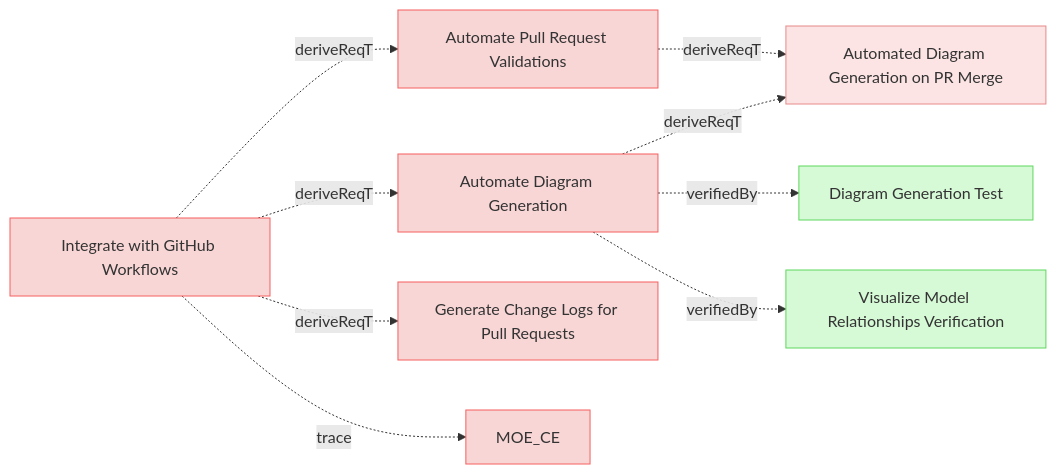
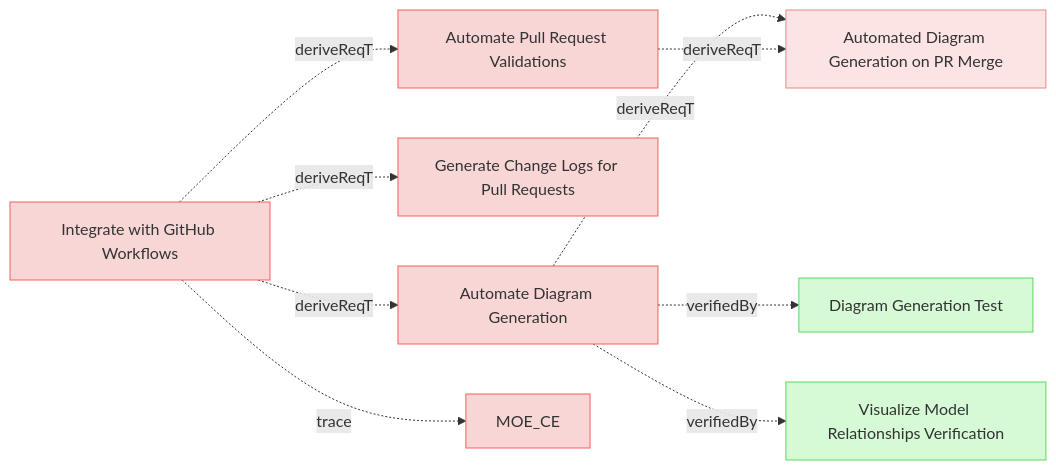
One commit to reqvire-org/reqvire changed the fourth of 9 diagrams in specifications/UserRequirements.md. Above: the diagram before and after it, drawn with Mermaid. The commit also changed other lines of this file and 26 other files, not shown here.

````diff
--- a/specifications/UserRequirements.md
+++ b/specifications/UserRequirements.md
@@ -512,42 +532,42 @@
 ```mermaid
 graph LR;
   %% REQVIRE-AUTOGENERATED-DIAGRAM
   %% Graph styling
   classDef userRequirement fill:#f9d6d6,stroke:#f55f5f,stroke-width:1px;
   classDef systemRequirement fill:#fce4e4,stroke:#e68a8a,stroke-width:1px;
   classDef verification fill:#d6f9d6,stroke:#5fd75f,stroke-width:1px;
   classDef default fill:#f5f5f5,stroke:#333333,stroke-width:1px;
 
-  15f2f511b2399406["Automate Pull Request Validations"];
-  class 15f2f511b2399406 userRequirement;
-  click 15f2f511b2399406 "UserRequirements.md#automate-pull-request-validations";
+  98a581084d5542fa["Automate Diagram Generation"];
+  class 98a581084d5542fa userRequirement;
+  click 98a581084d5542fa "UserRequirements.md#automate-diagram-generation";
   3e3df7ad427a88fa["Automated Diagram Generation on PR Merge"];
   class 3e3df7ad427a88fa systemRequirement;
   click 3e3df7ad427a88fa "SystemRequirements/Requirements.md#automated-diagram-generation-on-pr-merge";
-  15f2f511b2399406 -.->|deriveReqT| 3e3df7ad427a88fa;
-  98a581084d5542fa["Automate Diagram Generation"];
-  class 98a581084d5542fa userRequirement;
-  click 98a581084d5542fa "UserRequirements.md#automate-diagram-generation";
+  98a581084d5542fa -.->|deriveReqT| 3e3df7ad427a88fa;
   2d2cf67bb8070da8["Diagram Generation Test"];
   class 2d2cf67bb8070da8 verification;
   click 2d2cf67bb8070da8 "Verifications/DiagramsTests.md#diagram-generation-test";
   98a581084d5542fa -.->|verifiedBy| 2d2cf67bb8070da8;
   de8ab093f22a5cd7["Visualize Model Relationships Verification"];
   class de8ab093f22a5cd7 verification;
   click de8ab093f22a5cd7 "Verifications/DiagramsTests.md#visualize-model-relationships-verification";
   98a581084d5542fa -.->|verifiedBy| de8ab093f22a5cd7;
-  98a581084d5542fa -.->|deriveReqT| 3e3df7ad427a88fa;
   672b444a568468b8["Generate Change Logs for Pull Requests"];
   class 672b444a568468b8 userRequirement;
   click 672b444a568468b8 "UserRequirements.md#generate-change-logs-for-pull-requests";
+  15f2f511b2399406["Automate Pull Request Validations"];
+  class 15f2f511b2399406 userRequirement;
+  click 15f2f511b2399406 "UserRequirements.md#automate-pull-request-validations";
+  15f2f511b2399406 -.->|deriveReqT| 3e3df7ad427a88fa;
   98eaeddc27f99e11["Integrate with GitHub Workflows"];
   class 98eaeddc27f99e11 userRequirement;
   click 98eaeddc27f99e11 "UserStories.md#integrate-with-github-workflows";
   e9ad540a6411a0fc["MOE_CE"];
   class e9ad540a6411a0fc userRequirement;
   click e9ad540a6411a0fc "MOEs.md#moe_ce";
   98eaeddc27f99e11 -.->|trace| e9ad540a6411a0fc;
-  98eaeddc27f99e11 -.->|deriveReqT| 15f2f511b2399406;
   98eaeddc27f99e11 -.->|deriveReqT| 98a581084d5542fa;
   98eaeddc27f99e11 -.->|deriveReqT| 672b444a568468b8;
+  98eaeddc27f99e11 -.->|deriveReqT| 15f2f511b2399406;
 ```
````
